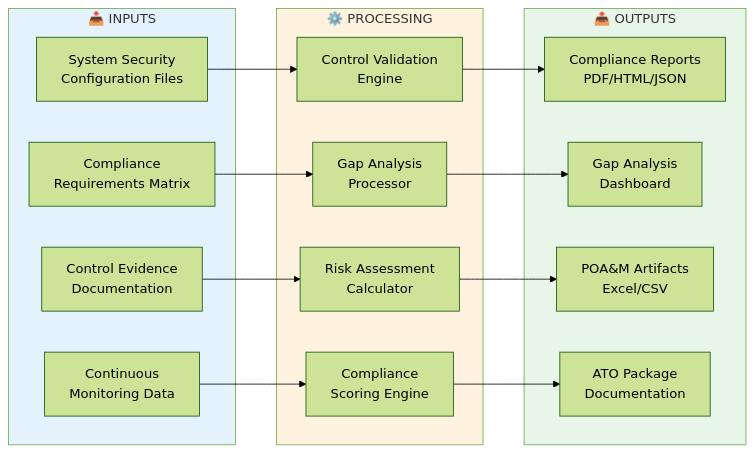
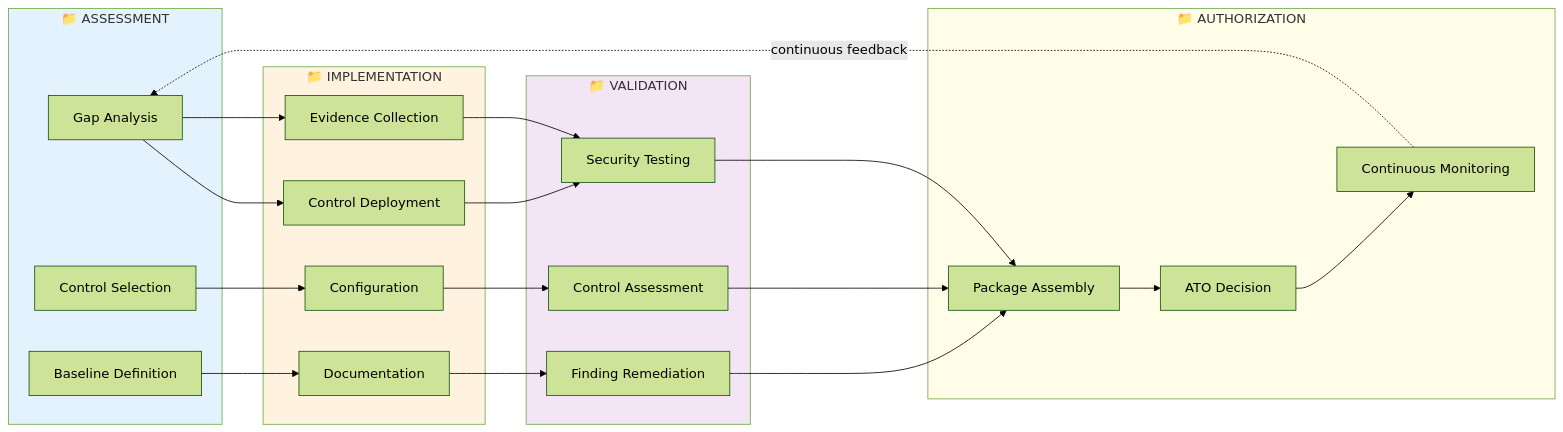
The second of 3 diagrams in security-compliance/nist-frameworks/README.md (Suren-Jewels/Scripts-Toolkit), drawn with Mermaid (forest theme) before and after one commit. The commit also changed other lines of this file, not shown here.

````diff
--- a/security-compliance/nist-frameworks/README.md
+++ b/security-compliance/nist-frameworks/README.md
@@ -123,37 +144,51 @@
 ```mermaid
 flowchart LR
-    subgraph INPUTS["📥 INPUTS"]
-        I1[System Security<br/>Configuration Files]
-        I2[Compliance<br/>Requirements Matrix]
-        I3[Control Evidence<br/>Documentation]
-        I4[Continuous<br/>Monitoring Data]
+    subgraph STAGE1["📁 ASSESSMENT"]
+        S1A[Gap Analysis]
+        S1B[Control Selection]
+        S1C[Baseline Definition]
     end
     
-    subgraph PROCESSING["⚙️ PROCESSING"]
-        P1[Control Validation<br/>Engine]
-        P2[Gap Analysis<br/>Processor]
-        P3[Risk Assessment<br/>Calculator]
-        P4[Compliance<br/>Scoring Engine]
+    subgraph STAGE2["📁 IMPLEMENTATION"]
+        S2A[Control Deployment]
+        S2B[Configuration]
+        S2C[Documentation]
+        S2D[Evidence Collection]
     end
     
-    subgraph OUTPUTS["📤 OUTPUTS"]
-        O1[Compliance Reports<br/>PDF/HTML/JSON]
-        O2[Gap Analysis<br/>Dashboard]
-        O3[POA&M Artifacts<br/>Excel/CSV]
-        O4[ATO Package<br/>Documentation]
+    subgraph STAGE3["📁 VALIDATION"]
+        S3A[Security Testing]
+        S3B[Control Assessment]
+        S3C[Finding Remediation]
     end
     
-    I1 --> P1
-    I2 --> P2
-    I3 --> P3
-    I4 --> P4
+    subgraph STAGE4["📁 AUTHORIZATION"]
+        S4A[Package Assembly]
+        S4B[ATO Decision]
+        S4C[Continuous Monitoring]
+    end
     
-    P1 --> O1
-    P2 --> O2
-    P3 --> O3
-    P4 --> O4
+    S1A --> S2A
+    S1B --> S2B
+    S1C --> S2C
+    S1A --> S2D
     
-    style INPUTS fill:#E3F2FD
-    style PROCESSING fill:#FFF3E0
-    style OUTPUTS fill:#E8F5E9
+    S2A --> S3A
+    S2B --> S3B
+    S2C --> S3C
+    S2D --> S3A
+    
+    S3A --> S4A
+    S3B --> S4A
+    S3C --> S4A
+    
+    S4A --> S4B
+    S4B --> S4C
+    
+    S4C -.continuous feedback.-> S1A
+    
+    style STAGE1 fill:#E3F2FD
+    style STAGE2 fill:#FFF3E0
+    style STAGE3 fill:#F3E5F5
+    style STAGE4 fill:#FFFDE7
 ```
````
